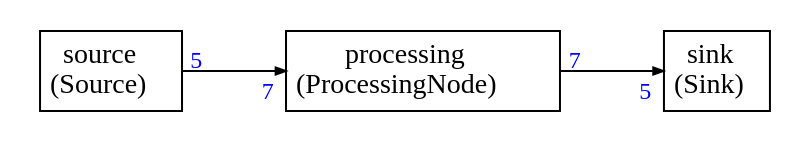
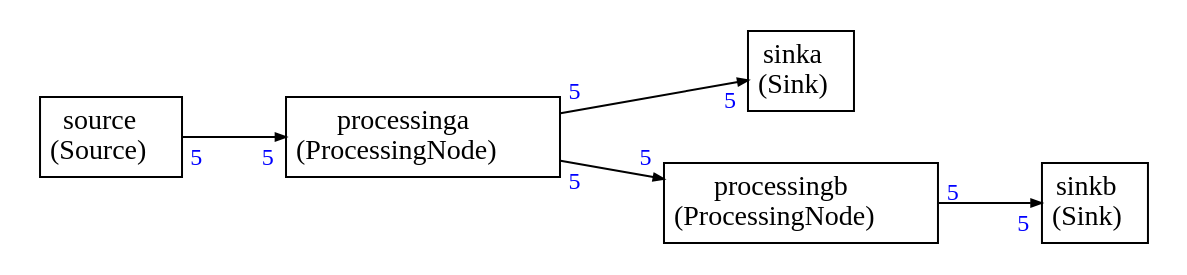
The diagram in Examples/runtime_mode/pre_schedule_runtime_mode.dot (ARM-software/CMSIS-Stream), drawn with Graphviz before and after one commit. The commit also changed 12 other files, not shown here.

```diff
--- a/Examples/runtime_mode/pre_schedule_runtime_mode.dot
+++ b/Examples/runtime_mode/pre_schedule_runtime_mode.dot
@@ -1,49 +1,75 @@
 
 
 
 
 digraph structs {
     bgcolor = "white"
     node [shape=plaintext,color="black",fontcolor="black",fontname="Times-Roman"]
     rankdir=LR
     edge [arrowsize="0.5",color="black",fontcolor="black",fontname="Times-Roman"]
 
 
 
 source [label=<
 <TABLE color="black" bgcolor="none" BORDER="0" CELLBORDER="1" CELLSPACING="0" CELLPADDING="4">
   <TR>
     <TD ALIGN="CENTER" PORT="i"><FONT COLOR="black" POINT-SIZE="14.0">source<BR/>(Source)</FONT></TD>
   </TR>
 </TABLE>>];
 
-processing [label=<
+processinga [label=<
 <TABLE color="black" bgcolor="none" BORDER="0" CELLBORDER="1" CELLSPACING="0" CELLPADDING="4">
   <TR>
-    <TD ALIGN="CENTER" PORT="i"><FONT COLOR="black" POINT-SIZE="14.0">processing<BR/>(ProcessingNode)</FONT></TD>
+    <TD ALIGN="CENTER" PORT="i"><FONT COLOR="black" POINT-SIZE="14.0">processinga<BR/>(ProcessingNode)</FONT></TD>
   </TR>
 </TABLE>>];
 
-sink [label=<
+sinka [label=<
 <TABLE color="black" bgcolor="none" BORDER="0" CELLBORDER="1" CELLSPACING="0" CELLPADDING="4">
   <TR>
-    <TD ALIGN="CENTER" PORT="i"><FONT COLOR="black" POINT-SIZE="14.0">sink<BR/>(Sink)</FONT></TD>
+    <TD ALIGN="CENTER" PORT="i"><FONT COLOR="black" POINT-SIZE="14.0">sinka<BR/>(Sink)</FONT></TD>
+  </TR>
+</TABLE>>];
+
+processingb [label=<
+<TABLE color="black" bgcolor="none" BORDER="0" CELLBORDER="1" CELLSPACING="0" CELLPADDING="4">
+  <TR>
+    <TD ALIGN="CENTER" PORT="i"><FONT COLOR="black" POINT-SIZE="14.0">processingb<BR/>(ProcessingNode)</FONT></TD>
+  </TR>
+</TABLE>>];
+
+sinkb [label=<
+<TABLE color="black" bgcolor="none" BORDER="0" CELLBORDER="1" CELLSPACING="0" CELLPADDING="4">
+  <TR>
+    <TD ALIGN="CENTER" PORT="i"><FONT COLOR="black" POINT-SIZE="14.0">sinkb<BR/>(Sink)</FONT></TD>
   </TR>
 </TABLE>>];
 
 
 
-source:i -> processing:i [style="solid",color="black",label=""
-,headlabel=<<TABLE BORDER="0" CELLPADDING="2"><TR><TD><FONT COLOR="blue" POINT-SIZE="12.0" >7</FONT>
+source:i -> processinga:i [style="solid",color="black",label=""
+,headlabel=<<TABLE BORDER="0" CELLPADDING="2"><TR><TD><FONT COLOR="blue" POINT-SIZE="12.0" >5</FONT>
 </TD></TR></TABLE>>
 ,taillabel=<<TABLE BORDER="0" CELLPADDING="2"><TR><TD><FONT COLOR="blue" POINT-SIZE="12.0" >5</FONT>
 </TD></TR></TABLE>>]
 
-processing:i -> sink:i [style="solid",color="black",label=""
+processinga:i -> sinka:i [style="solid",color="black",label=""
 ,headlabel=<<TABLE BORDER="0" CELLPADDING="2"><TR><TD><FONT COLOR="blue" POINT-SIZE="12.0" >5</FONT>
 </TD></TR></TABLE>>
-,taillabel=<<TABLE BORDER="0" CELLPADDING="2"><TR><TD><FONT COLOR="blue" POINT-SIZE="12.0" >7</FONT>
+,taillabel=<<TABLE BORDER="0" CELLPADDING="2"><TR><TD><FONT COLOR="blue" POINT-SIZE="12.0" >5</FONT>
+</TD></TR></TABLE>>]
+
+processinga:i -> processingb:i [style="solid",color="black",label=""
+,headlabel=<<TABLE BORDER="0" CELLPADDING="2"><TR><TD><FONT COLOR="blue" POINT-SIZE="12.0" >5</FONT>
+</TD></TR></TABLE>>
+,taillabel=<<TABLE BORDER="0" CELLPADDING="2"><TR><TD><FONT COLOR="blue" POINT-SIZE="12.0" >5</FONT>
+</TD></TR></TABLE>>]
+
+processingb:i -> sinkb:i [style="solid",color="black",label=""
+,headlabel=<<TABLE BORDER="0" CELLPADDING="2"><TR><TD><FONT COLOR="blue" POINT-SIZE="12.0" >5</FONT>
+</TD></TR></TABLE>>
+,taillabel=<<TABLE BORDER="0" CELLPADDING="2"><TR><TD><FONT COLOR="blue" POINT-SIZE="12.0" >5</FONT>
 </TD></TR></TABLE>>]
 
 
 }
```
